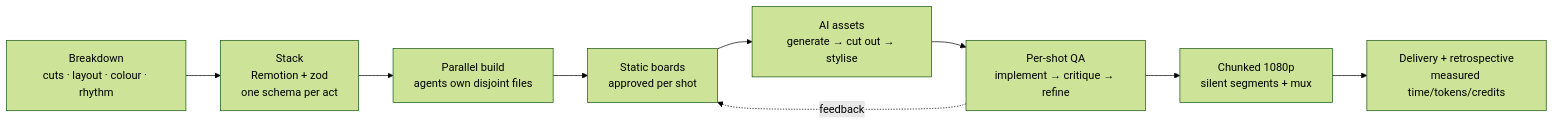
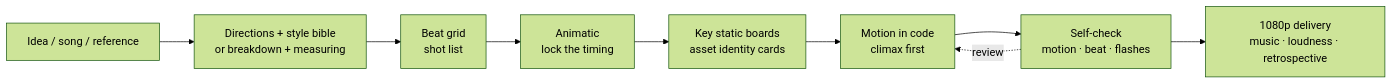
The diagram in README.en.md (saikizhou-cyber/s17-motion-art), drawn with Mermaid (forest theme) before and after one commit. The commit also changed other lines of this file and 18 other files, not shown here.

First line of the commit message:
Rename to s17-motion-art: PV motion in code, four modes

````diff
--- a/README.en.md
+++ b/README.en.md
@@ -92,11 +95,11 @@
 ```mermaid
 flowchart LR
-  A[Breakdown<br/>cuts · layout · colour · rhythm] --> B[Stack<br/>Remotion + zod<br/>one schema per act]
-  B --> C[Parallel build<br/>agents own disjoint files]
-  C --> D[Static boards<br/>approved per shot]
-  D --> E[AI assets<br/>generate → cut out → stylise]
-  E --> F[Per-shot QA<br/>implement → critique → refine]
-  F --> G[Chunked 1080p<br/>silent segments + mux]
-  G --> H[Delivery + retrospective<br/>measured time/tokens/credits]
-  F -. feedback .-> D
+  A[Idea / song / reference] --> B[Directions + style bible<br/>or breakdown + measuring]
+  B --> C[Beat grid<br/>shot list]
+  C --> D[Animatic<br/>lock the timing]
+  D --> E[Key static boards<br/>asset identity cards]
+  E --> F[Motion in code<br/>climax first]
+  F --> G[Self-check<br/>motion · beat · flashes]
+  G --> H[1080p delivery<br/>music · loudness · retrospective]
+  G -. review .-> F
 ```
````
